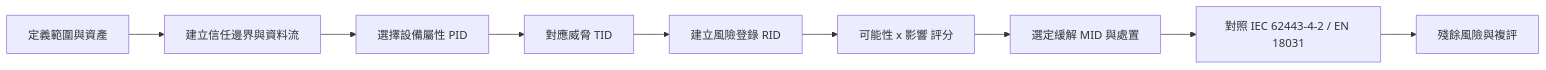
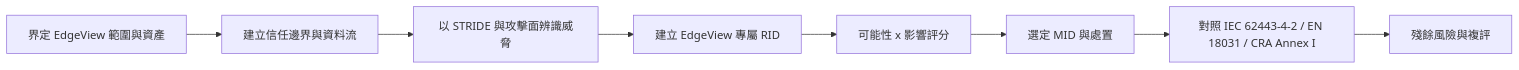
One commit to PochengChen-del/EdgeViewDoc changed the first of 2 diagrams in CRA/CRA-01_Threat_Modeling.md. Above: the diagram before and after it, drawn with Mermaid. The commit also changed other lines of this file and 4 other files, not shown here.

````diff
--- a/CRA/CRA-01_Threat_Modeling.md
+++ b/CRA/CRA-01_Threat_Modeling.md
@@ -67,11 +69,10 @@
 ```mermaid
 flowchart LR
-    A[定義範圍與資產] --> B[建立信任邊界與資料流]
-    B --> C[選擇設備屬性 PID]
-    C --> D[對應威脅 TID]
-    D --> E[建立風險登錄 RID]
-    E --> F[可能性 x 影響 評分]
-    F --> G[選定緩解 MID 與處置]
-    G --> H[對照 IEC 62443-4-2 / EN 18031]
-    H --> I[殘餘風險與複評]
+    A[界定 EdgeView 範圍與資產] --> B[建立信任邊界與資料流]
+    B --> C[以 STRIDE 與攻擊面辨識威脅]
+    C --> D[建立 EdgeView 專屬 RID]
+    D --> E[可能性 x 影響評分]
+    E --> F[選定 MID 與處置]
+    F --> G[對照 IEC 62443-4-2 / EN 18031 / CRA Annex I]
+    G --> H[殘餘風險與複評]
 ```
````
